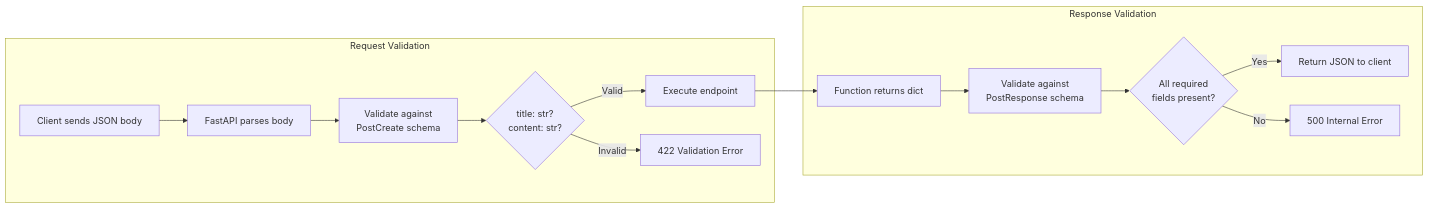
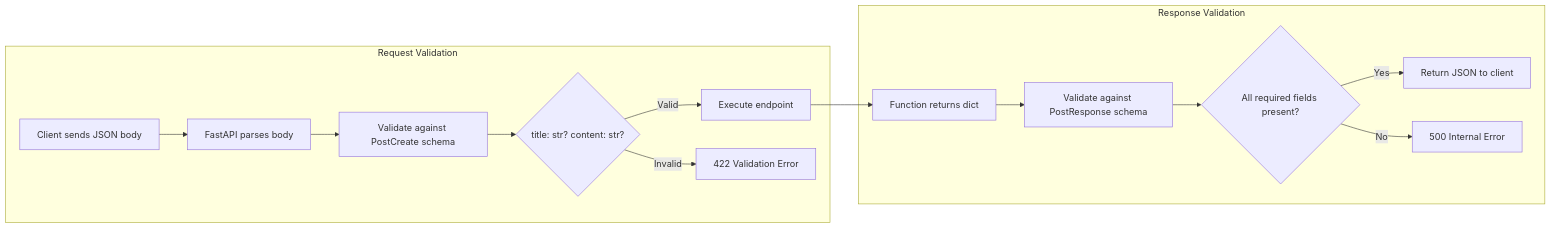
One commit to kintsugi-programmer/kintsugi-stack-fastapi changed the tenth of 18 diagrams in README.md. Above: the diagram before and after it, drawn with Mermaid. The commit also changed other lines of this file and 1 other file, not shown here.

Commit message:
fix: remove br tags from mermaid diagrams for v11 compatibility

````diff
--- a/README.md
+++ b/README.md
@@ -552,19 +552,19 @@
 ```mermaid
 flowchart LR
     subgraph Request[Request Validation]
         A[Client sends JSON body] --> B[FastAPI parses body]
-        B --> C[Validate against<br/>PostCreate schema]
-        C --> D{title: str?<br/>content: str?}
+        B --> C[Validate against PostCreate schema]
+        C --> D{title: str? content: str?}
         D -->|Valid| E[Execute endpoint]
         D -->|Invalid| F[422 Validation Error]
     end
 
     subgraph Response[Response Validation]
-        G[Function returns dict] --> H[Validate against<br/>PostResponse schema]
-        H --> I{All required<br/>fields present?}
+        G[Function returns dict] --> H[Validate against PostResponse schema]
+        H --> I{All required fields present?}
         I -->|Yes| J[Return JSON to client]
         I -->|No| K[500 Internal Error]
     end
 
     E --> G
 ```
````
